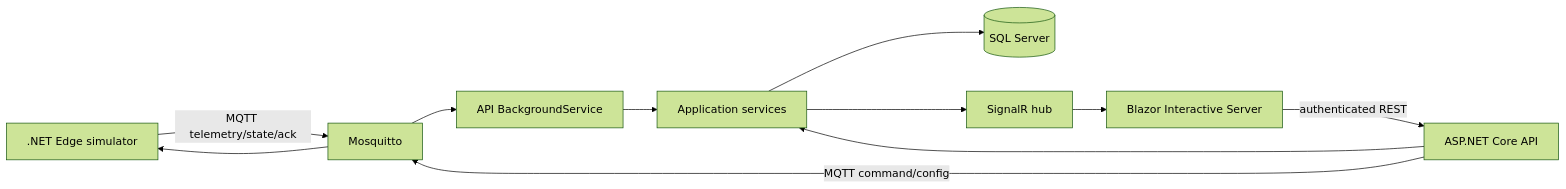
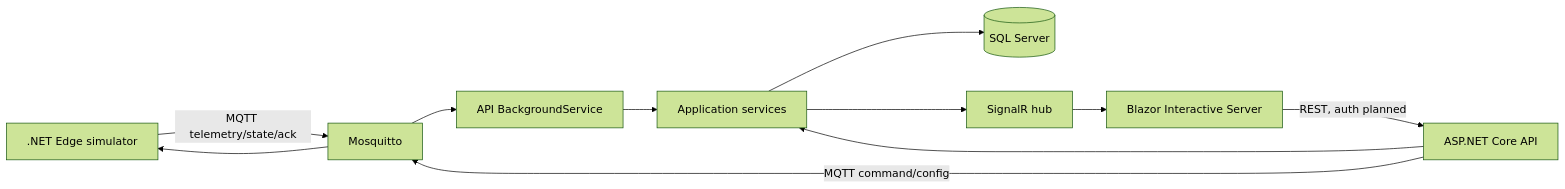
Before and after one commit to tuandm108/WebBTL: the diagram in docs/ARCHITECTURE.md, drawn with Mermaid (forest theme). The commit also changed 33 other files, not shown here.

````diff
--- a/docs/ARCHITECTURE.md
+++ b/docs/ARCHITECTURE.md
@@ -3,13 +3,13 @@
 ```mermaid
 flowchart LR
   Sim[.NET Edge simulator] -->|MQTT telemetry/state/ack| Broker[Mosquitto]
   Broker --> Ingest[API BackgroundService]
   Ingest --> App[Application services]
   App --> DB[(SQL Server)]
   App --> Hub[SignalR hub]
-  Web[Blazor Interactive Server] -->|authenticated REST| API[ASP.NET Core API]
+  Web[Blazor Interactive Server] -->|REST, auth planned| API[ASP.NET Core API]
   API --> App
   Hub --> Web
   API -->|MQTT command/config| Broker
   Broker --> Sim
 ```
````
